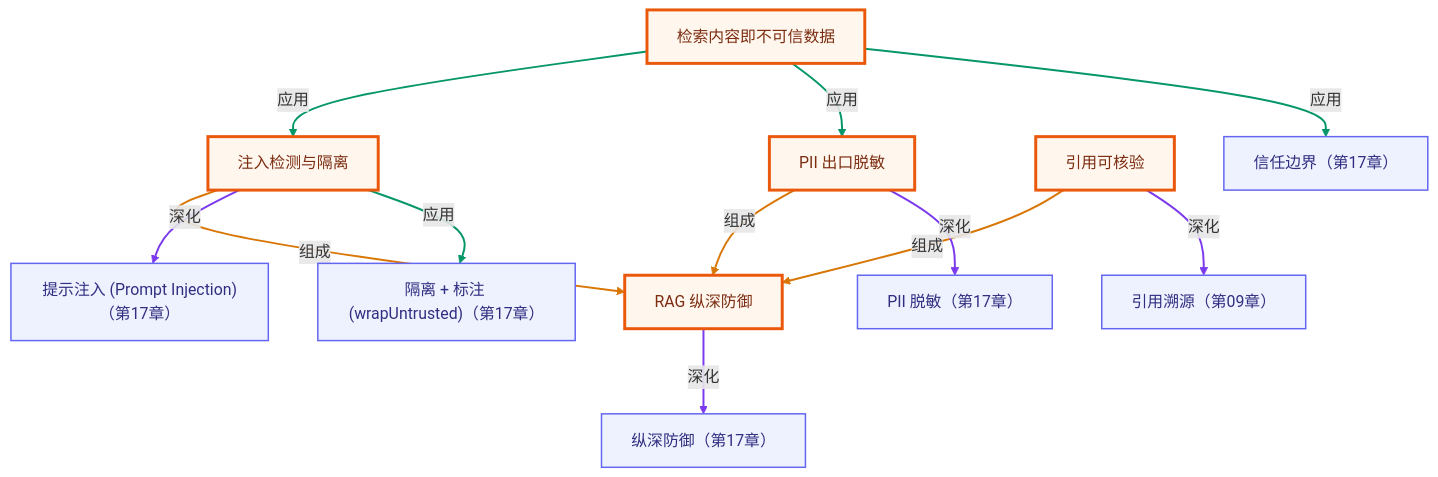
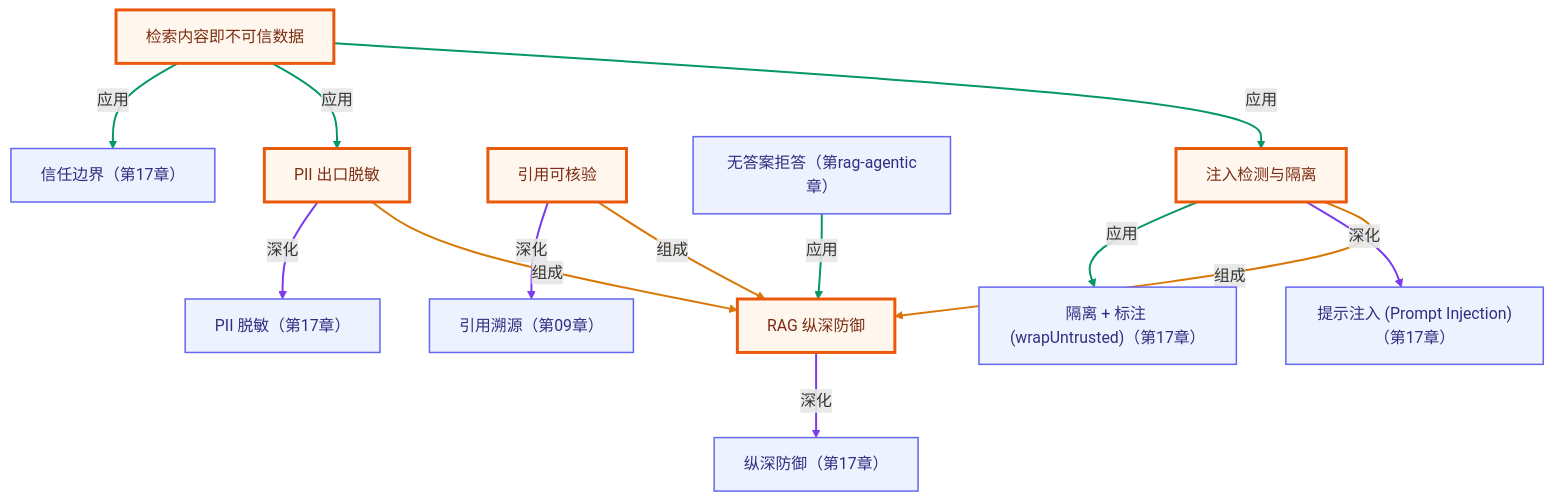
One commit to songuu/agent changed the second of 2 diagrams in rag-advanced/09-rag-security/README.md. Above: the diagram before and after it, drawn with Mermaid. The commit also changed other lines of this file and 58 other files, not shown here.

````diff
--- a/rag-advanced/09-rag-security/README.md
+++ b/rag-advanced/09-rag-security/README.md
@@ -158,40 +158,43 @@
 ```mermaid
 graph TB
   classDef own fill:#fff7ed,stroke:#ea580c,stroke-width:3px,color:#7c2d12;
   classDef cross fill:#eef2ff,stroke:#6366f1,stroke-width:1.5px,color:#312e81;
   n_cragsec_untrusted_retrieval["检索内容即不可信数据"]
   n_cragsec_injection_detection["注入检测与隔离"]
   n_cragsec_pii_redaction["PII 出口脱敏"]
   n_cragsec_citation_verification["引用可核验"]
   n_cragsec_defense_in_depth["RAG 纵深防御"]
+  n_cragagentic_refuse["无答案拒答（第rag-agentic章）"]
   n_c17_trust_boundary["信任边界（第17章）"]
   n_c17_prompt_injection["提示注入 (Prompt Injection)（第17章）"]
   n_c17_isolate_and_label["隔离 + 标注 (wrapUntrusted)（第17章）"]
   n_c17_pii_redaction["PII 脱敏（第17章）"]
   n_c09_citation["引用溯源（第09章）"]
   n_c17_defense_in_depth["纵深防御（第17章）"]
+  n_cragagentic_refuse -->|应用| n_cragsec_defense_in_depth
   n_cragsec_untrusted_retrieval -->|应用| n_cragsec_injection_detection
   n_cragsec_untrusted_retrieval -->|应用| n_cragsec_pii_redaction
   n_cragsec_injection_detection -->|组成| n_cragsec_defense_in_depth
   n_cragsec_pii_redaction -->|组成| n_cragsec_defense_in_depth
   n_cragsec_citation_verification -->|组成| n_cragsec_defense_in_depth
   n_cragsec_untrusted_retrieval -->|应用| n_c17_trust_boundary
   n_cragsec_injection_detection -->|深化| n_c17_prompt_injection
   n_cragsec_injection_detection -->|应用| n_c17_isolate_and_label
   n_cragsec_pii_redaction -->|深化| n_c17_pii_redaction
   n_cragsec_citation_verification -->|深化| n_c09_citation
   n_cragsec_defense_in_depth -->|深化| n_c17_defense_in_depth
   class n_cragsec_untrusted_retrieval,n_cragsec_injection_detection,n_cragsec_pii_redaction,n_cragsec_citation_verification,n_cragsec_defense_in_depth own;
-  class n_c17_trust_boundary,n_c17_prompt_injection,n_c17_isolate_and_label,n_c17_pii_redaction,n_c09_citation,n_c17_defense_in_depth cross;
+  class n_cragagentic_refuse,n_c17_trust_boundary,n_c17_prompt_injection,n_c17_isolate_and_label,n_c17_pii_redaction,n_c09_citation,n_c17_defense_in_depth cross;
   linkStyle 0 stroke:#059669,stroke-width:2px;
   linkStyle 1 stroke:#059669,stroke-width:2px;
-  linkStyle 2 stroke:#d97706,stroke-width:2px;
+  linkStyle 2 stroke:#059669,stroke-width:2px;
   linkStyle 3 stroke:#d97706,stroke-width:2px;
   linkStyle 4 stroke:#d97706,stroke-width:2px;
-  linkStyle 5 stroke:#059669,stroke-width:2px;
-  linkStyle 6 stroke:#7c3aed,stroke-width:2px;
-  linkStyle 7 stroke:#059669,stroke-width:2px;
-  linkStyle 8 stroke:#7c3aed,stroke-width:2px;
+  linkStyle 5 stroke:#d97706,stroke-width:2px;
+  linkStyle 6 stroke:#059669,stroke-width:2px;
+  linkStyle 7 stroke:#7c3aed,stroke-width:2px;
+  linkStyle 8 stroke:#059669,stroke-width:2px;
   linkStyle 9 stroke:#7c3aed,stroke-width:2px;
   linkStyle 10 stroke:#7c3aed,stroke-width:2px;
+  linkStyle 11 stroke:#7c3aed,stroke-width:2px;
 ```
````
